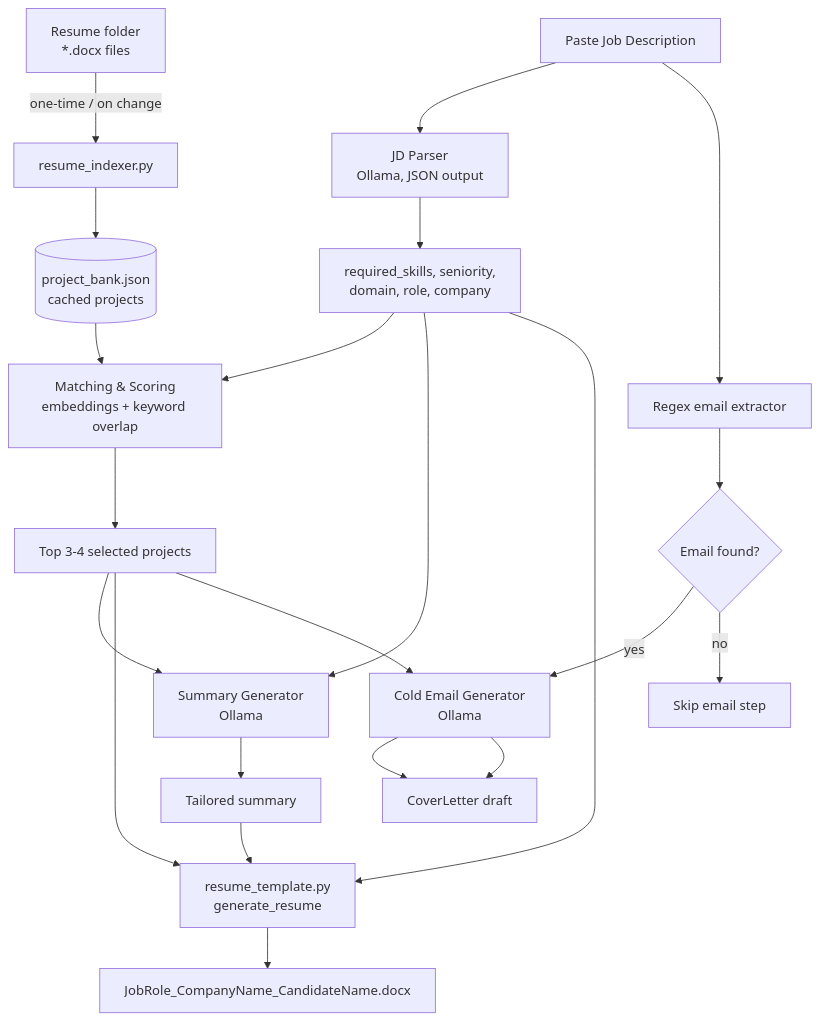
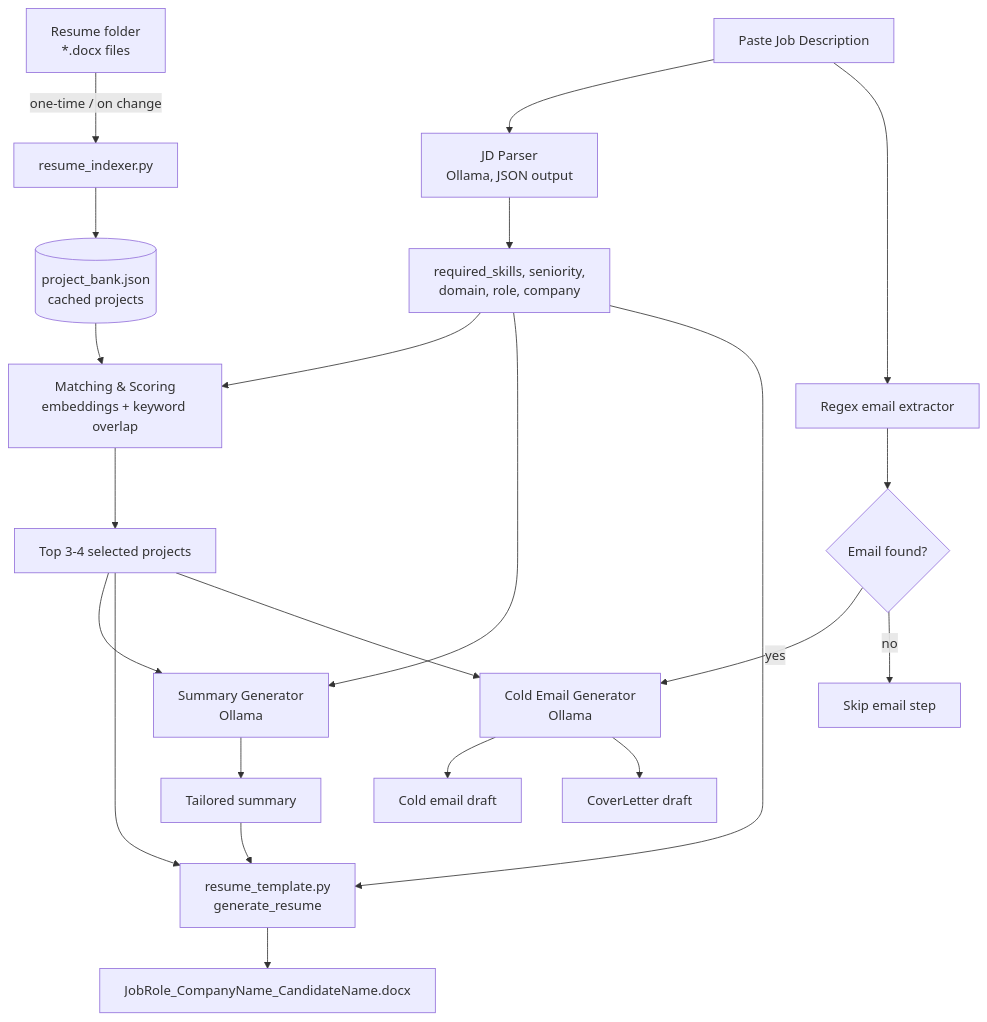
The diagram in README.md (mohammedsanaved/ResumeBuilder_Agent), drawn with Mermaid before and after one commit.

Commit message:
changes added in Flow

````diff
--- a/README.md
+++ b/README.md
@@ -20,29 +20,29 @@
 ```mermaid
 flowchart TD
     A[Resume folder<br/>*.docx files] -->|one-time / on change| B[resume_indexer.py]
     B --> C[(project_bank.json<br/>cached projects)]
 
     D[Paste Job Description] --> E[JD Parser<br/>Ollama, JSON output]
     D --> F[Regex email extractor]
 
     E --> G[required_skills, seniority,<br/>domain, role, company]
     C --> H[Matching & Scoring<br/>embeddings + keyword overlap]
     G --> H
     H --> I[Top 3-4 selected projects]
 
     G --> J[Summary Generator<br/>Ollama]
     I --> J
     J --> K[Tailored summary]
 
     I --> L[resume_template.py<br/>generate_resume]
     K --> L
     G --> L
     L --> M[JobRole_CompanyName_CandidateName.docx]
 
     F --> N{Email found?}
     N -->|yes| O[Cold Email Generator<br/>Ollama]
     I --> O
     O --> P[Cold email draft]
-    O --> P[CoverLetter  draft]
+    O --> R[CoverLetter  draft]
     N -->|no| Q[Skip email step]
 ```
````
